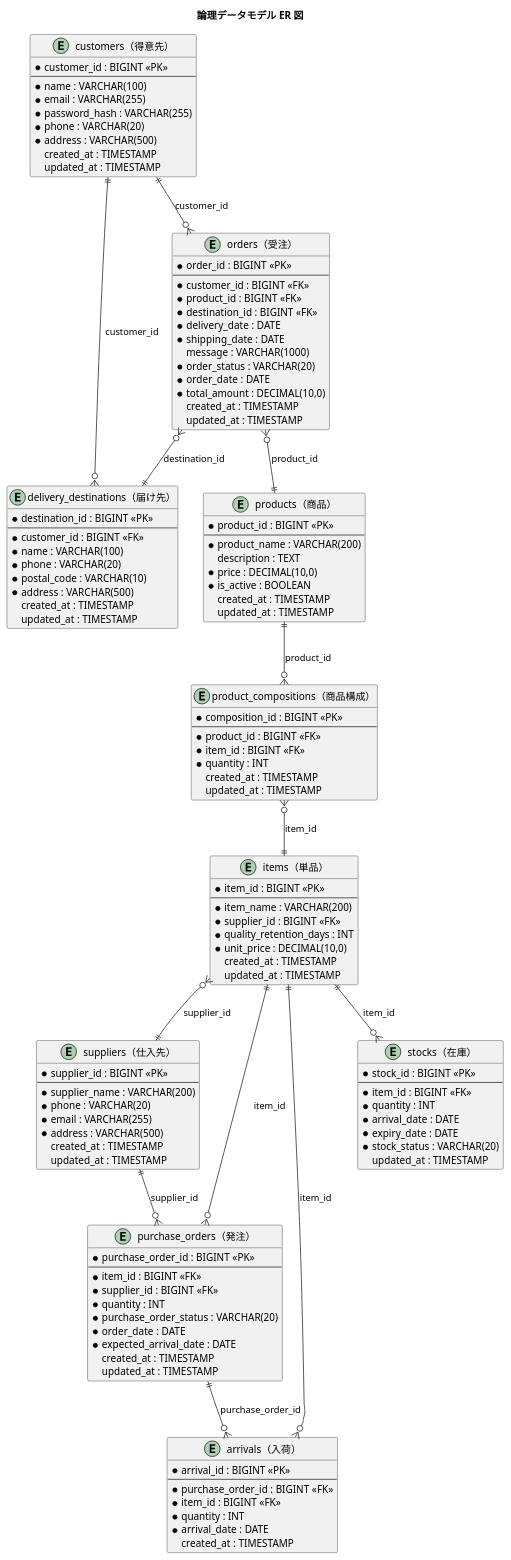
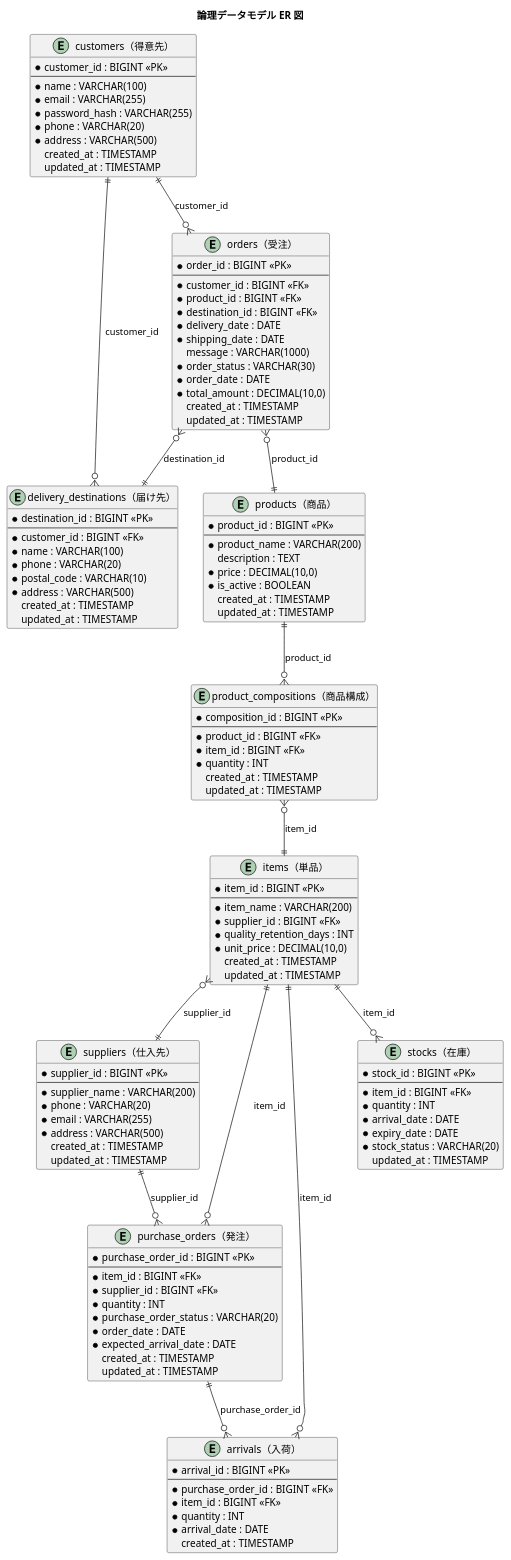
One commit to k2works/case-study-bouquet changed the second of 2 diagrams in docs/design/data_model.md. Above: the diagram before and after it, drawn with PlantUML. The commit also changed other lines of this file and 158 other files, not shown here.

```diff
--- a/docs/design/data_model.md
+++ b/docs/design/data_model.md
@@ -116,7 +116,7 @@
   * delivery_date : DATE
   * shipping_date : DATE
   message : VARCHAR(1000)
-  * order_status : VARCHAR(20)
+  * order_status : VARCHAR(30)
   * order_date : DATE
   * total_amount : DECIMAL(10,0)
   created_at : TIMESTAMP
```
